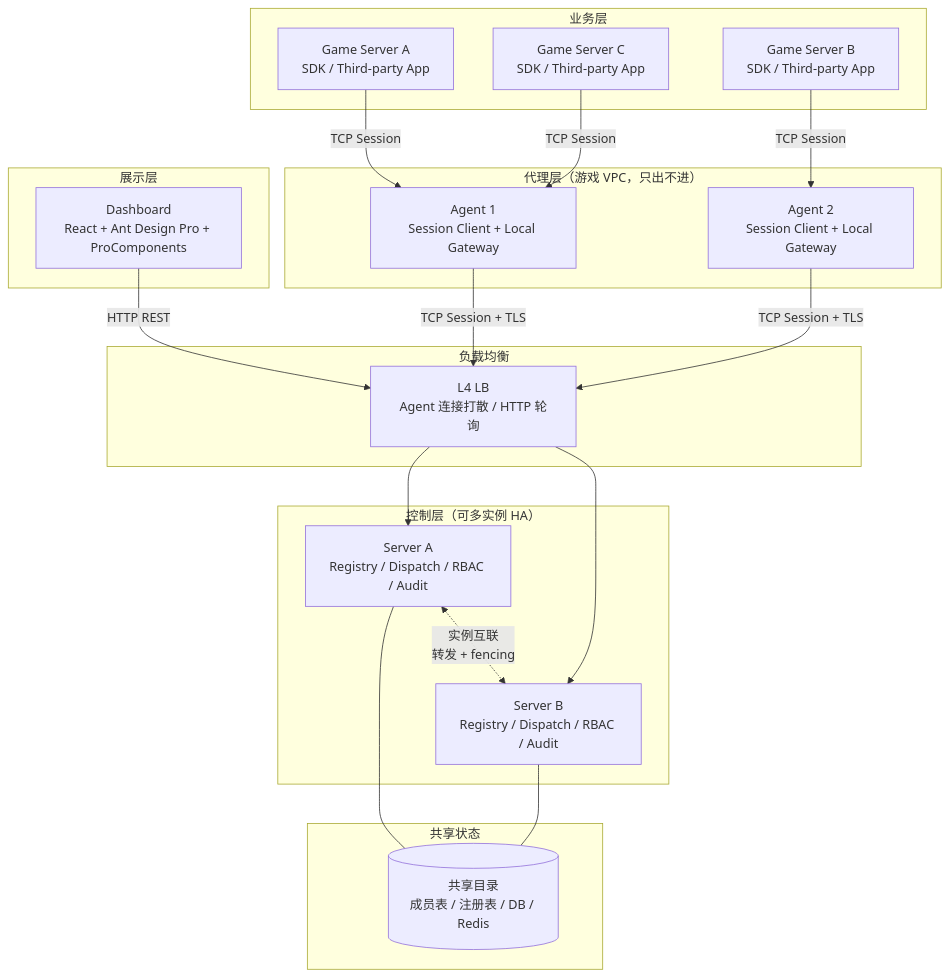
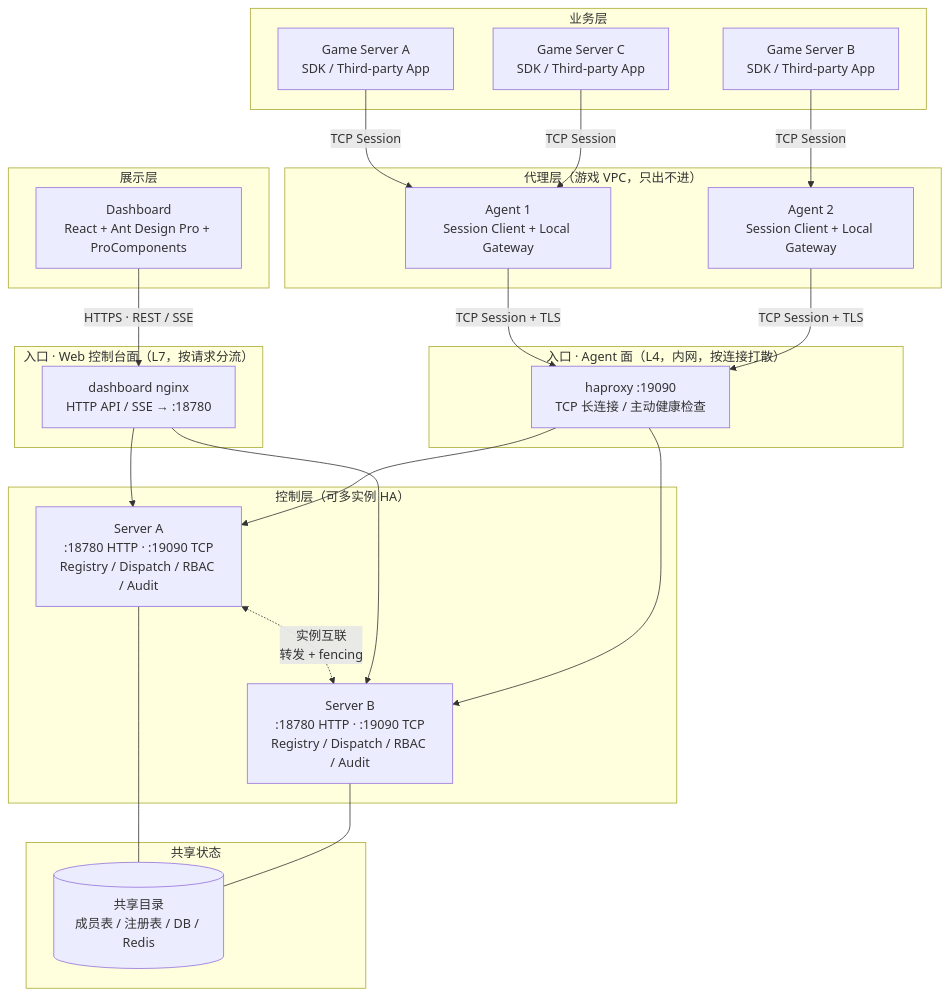
Before and after one commit to cuihairu/croupier: the diagram in docs/architecture/index.md, drawn with Mermaid. The commit also changed other lines of this file and 6 other files, not shown here.

First line of the commit message:
docs(readme+architecture): README 瘦身删除架构图；拓扑图修正双入口面视角

````diff
--- a/docs/architecture/index.md
+++ b/docs/architecture/index.md
@@ -32,42 +37,48 @@
 ```mermaid
 graph TB
   subgraph "展示层"
     UI[Dashboard<br/>React + Ant Design Pro + ProComponents]
   end
 
-  subgraph "负载均衡"
-    LB[L4 LB<br/>Agent 连接打散 / HTTP 轮询]
+  subgraph "入口 · Web 控制台面（L7，按请求分流）"
+    NGINX[dashboard nginx<br/>HTTP API / SSE → :18780]
+  end
+
+  subgraph "入口 · Agent 面（L4，内网，按连接打散）"
+    HAPROXY[haproxy :19090<br/>TCP 长连接 / 主动健康检查]
   end
 
   subgraph "控制层（可多实例 HA）"
-    ServerA[Server A<br/>Registry / Dispatch / RBAC / Audit]
-    ServerB[Server B<br/>Registry / Dispatch / RBAC / Audit]
+    ServerA["Server A<br/>:18780 HTTP · :19090 TCP<br/>Registry / Dispatch / RBAC / Audit"]
+    ServerB["Server B<br/>:18780 HTTP · :19090 TCP<br/>Registry / Dispatch / RBAC / Audit"]
     ServerA <-.->|实例互联<br/>转发 + fencing| ServerB
   end
 
   subgraph "共享状态"
     Shared[(共享目录<br/>成员表 / 注册表 / DB / Redis)]
   end
 
   subgraph "代理层（游戏 VPC，只出不进）"
     Agent1[Agent 1<br/>Session Client + Local Gateway]
     Agent2[Agent 2<br/>Session Client + Local Gateway]
   end
 
   subgraph "业务层"
     GS1[Game Server A<br/>SDK / Third-party App]
     GS2[Game Server B<br/>SDK / Third-party App]
     GS3[Game Server C<br/>SDK / Third-party App]
   end
 
-  UI -->|HTTP REST| LB
-  LB --> ServerA
-  LB --> ServerB
-  Agent1 -->|TCP Session + TLS| LB
-  Agent2 -->|TCP Session + TLS| LB
+  UI -->|HTTPS · REST / SSE| NGINX
+  NGINX --> ServerA
+  NGINX --> ServerB
+  Agent1 -->|TCP Session + TLS| HAPROXY
+  Agent2 -->|TCP Session + TLS| HAPROXY
+  HAPROXY --> ServerA
+  HAPROXY --> ServerB
   ServerA --- Shared
   ServerB --- Shared
   GS1 -->|TCP Session| Agent1
   GS2 -->|TCP Session| Agent2
   GS3 -->|TCP Session| Agent1
 ```
````
